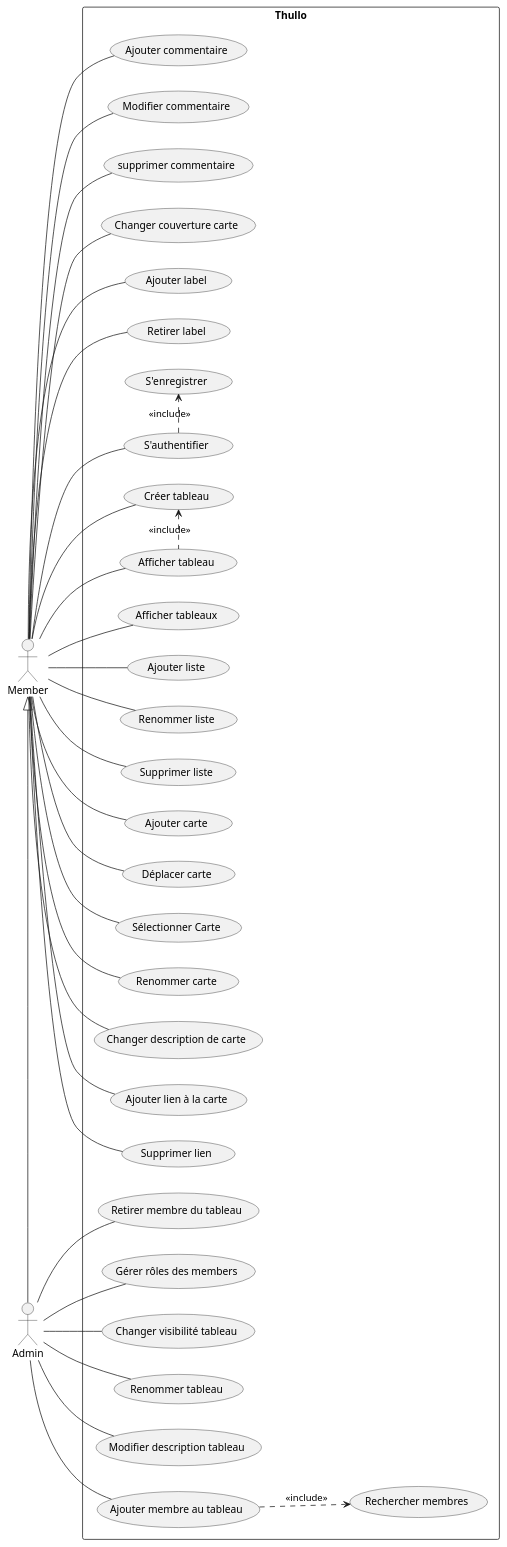
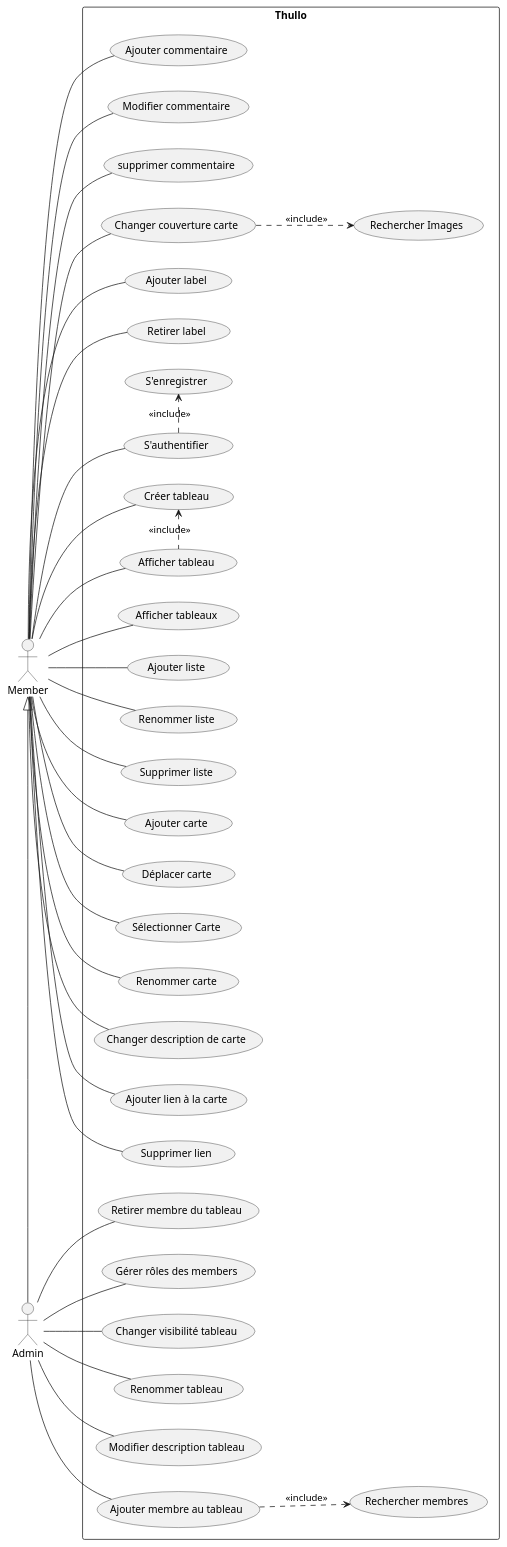
The diagram in packages/domain/uml/usecases.puml (Fredkiss3/thullo), drawn with PlantUML before and after one commit. The commit also changed 10 other files, not shown here.

```diff
--- a/packages/domain/uml/usecases.puml
+++ b/packages/domain/uml/usecases.puml
@@ -1,76 +1,78 @@
 @startuml
 'https://plantuml.com/use-case-diagram
 :Member: as member
 :Admin: as admin
 
 left to right direction
 
 rectangle Thullo {
     (S'enregistrer) as (register)
     (S'authentifier) as (auth)
 
     (Afficher tableaux) as (seeAllBoards)
     (Créer tableau) as (addBoard)
     (Afficher tableau) as (seeBoard)
     (Changer visibilité tableau) as (setBoardVisibility)
     (Renommer tableau) as (renameBoard)
     (Modifier description tableau) as (updateBoardDescription)
 
     (Rechercher membres) as (searchMembers)
     (Ajouter membre au tableau) as (inviteMemberToBoard)
     (Retirer membre du tableau) as (removeMemberFromBoard)
     (Gérer rôles des members) as (ManageMemberRoles)
     
     (Ajouter liste) as (addList)
     (Renommer liste) as (renameList)
     (Supprimer liste) as (deleteList)
 
     (Ajouter carte) as (addCard)
     (Déplacer carte) as (moveCard)
     (Sélectionner Carte) as (seeCardDetails)
     (Renommer carte) as (renameCard)
     (Changer description de carte) as (updateCardDescription)
     (Ajouter lien à la carte) as (addAttachement)
     (Supprimer lien) as (deleteAttachement)
     (Ajouter commentaire) as (addComment)
     (Modifier commentaire) as (updateComment)
     (supprimer commentaire) as (deleteComment)
     (Changer couverture carte) as (updateCardCover)
+    (Rechercher Images) as (searchImages)
     (Ajouter label) as (addLabelToCard)
     (Retirer label) as (removeLabelFromCard)
 
     (register) <.left. (auth) : << include >>
     (seeBoard) .left.> (addBoard): << include >>
     (inviteMemberToBoard) ..> (searchMembers) : << include >>
 
     member -- (auth)
     member -- (seeAllBoards)
     member -- (seeBoard)
     member -- (addBoard)
     member -- (addList)
     member -- (renameList)
     member -- (deleteList)
     member -- (addCard)
     member -- (moveCard)
     member -- (renameCard)
     member -- (seeCardDetails)
     member -- (addComment)
     member -- (updateComment)
     member -- (deleteComment)
     member -- (addLabelToCard)
     member -- (removeLabelFromCard)
     member -- (updateCardDescription)
     member -- (updateCardCover)
+    (updateCardCover) ..> (searchImages) : << include >>
     member -- (addAttachement)
     member -- (deleteAttachement)
 
     admin -- (removeMemberFromBoard)
     admin -- (ManageMemberRoles)
     admin -- (renameBoard)
     admin -- (updateBoardDescription)
     admin -- (inviteMemberToBoard)
     admin -- (setBoardVisibility)
 
     member <|-right- admin
  }
 @enduml
```
